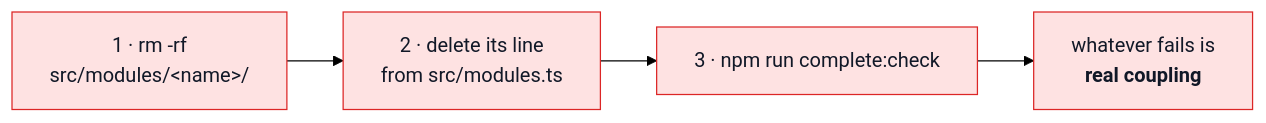
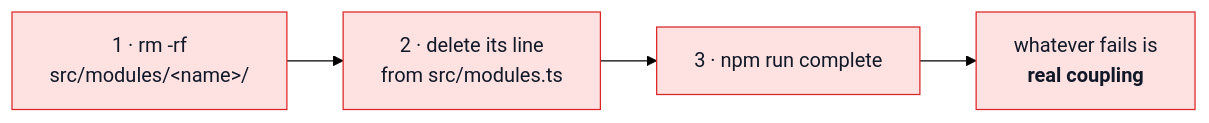
Before and after one commit to Guebbit/boilerplate-vue-frontend: the third of 4 diagrams in docs/theory/module-lifecycle.md, drawn with Mermaid (forest theme). The commit also changed other lines of this file and 28 other files, not shown here.

````diff
--- a/docs/theory/module-lifecycle.md
+++ b/docs/theory/module-lifecycle.md
@@ -169,9 +169,9 @@
 ```mermaid
 %%{init: {'flowchart': {'nodeSpacing': 40, 'rankSpacing': 45}}}%%
 flowchart LR
     A["1 · rm -rf<br/>src/modules/&lt;name&gt;/"] --> B["2 · delete its line<br/>from src/modules.ts"]
-    B --> C["3 · npm run complete:check"]
+    B --> C["3 · npm run complete"]
     C --> D["whatever fails is<br/><b>real coupling</b>"]
     classDef s fill:#fee2e2,stroke:#dc2626,color:#111827;
     class A,B,C,D s;
 ```
````
